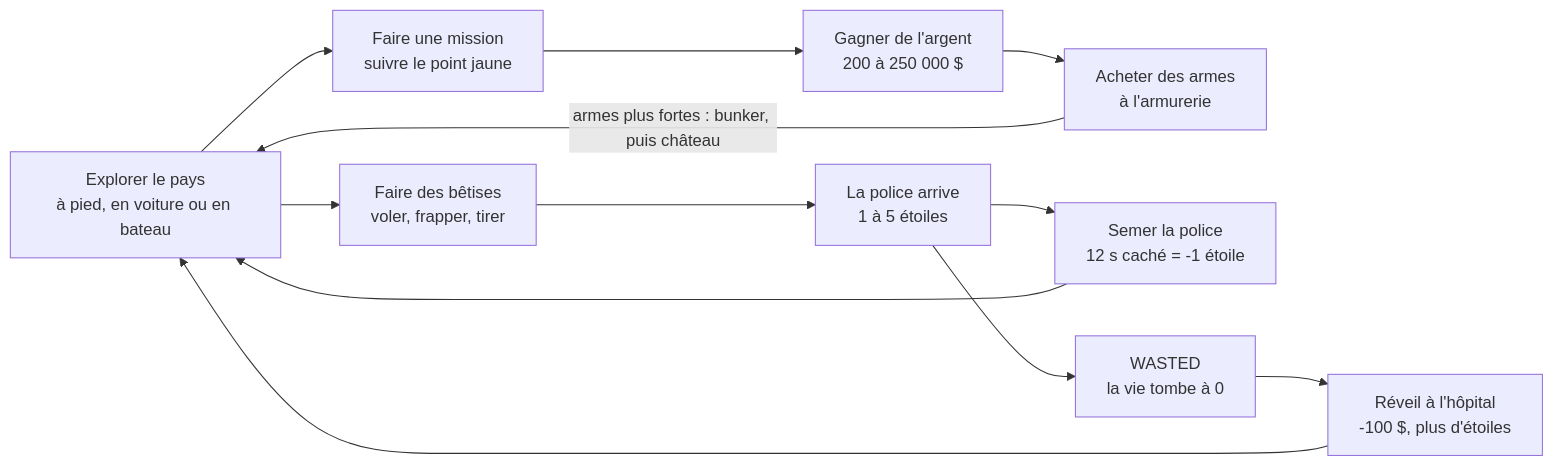
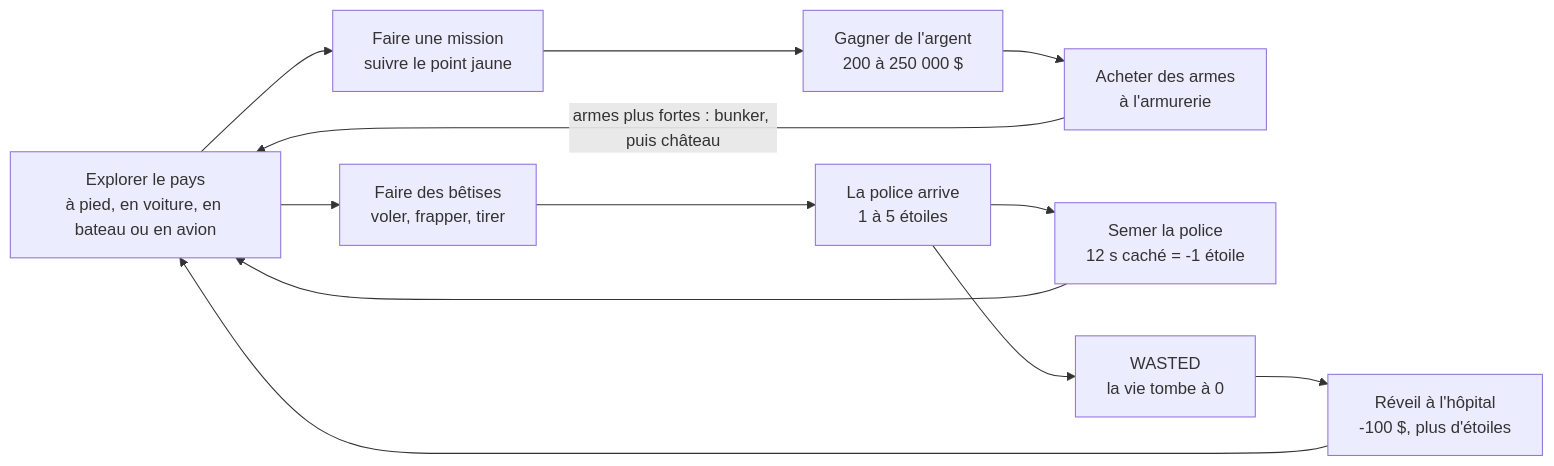
One commit to jlehen/GTAxel changed the diagram in DESIGN.md. Above: the diagram before and after it, drawn with Mermaid. The commit also changed other lines of this file and 2 other files, not shown here.

````diff
--- a/DESIGN.md
+++ b/DESIGN.md
@@ -22,9 +22,9 @@
 ```mermaid
 flowchart LR
-  E[Explorer le pays<br>à pied, en voiture ou en bateau]
+  E[Explorer le pays<br>à pied, en voiture, en bateau ou en avion]
   E --> M[Faire une mission<br>suivre le point jaune] --> G[Gagner de l'argent<br>200 à 250 000 $] --> A[Acheter des armes<br>à l'armurerie]
   A -- armes plus fortes : bunker, puis château --> E
   E --> B[Faire des bêtises<br>voler, frapper, tirer] --> P[La police arrive<br>1 à 5 étoiles]
   P --> S[Semer la police<br>12 s caché = -1 étoile] --> E
   P --> W[WASTED<br>la vie tombe à 0] --> H[Réveil à l'hôpital<br>-100 $, plus d'étoiles] --> E
 ```
````
